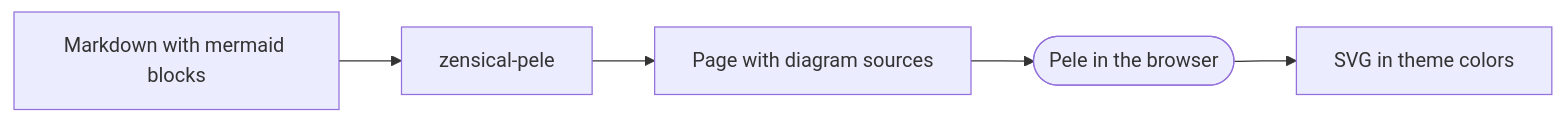
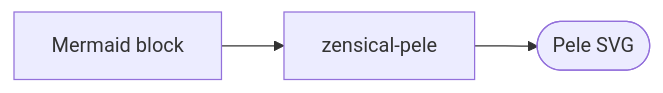
Before and after one commit to felipeadeildo/zensical-pele: the diagram in docs/index.md, drawn with Mermaid. The commit also changed other lines of this file and 47 other files, not shown here.

````diff
--- a/docs/index.md
+++ b/docs/index.md
@@ -14,7 +26,5 @@
 ```mermaid
 flowchart LR
-  md[Markdown with mermaid blocks] --> ext[zensical-pele]
-  ext --> page[Page with diagram sources]
-  page --> pele([Pele in the browser])
-  pele --> svg[SVG in theme colors]
+  A[Mermaid block] --> B[zensical-pele]
+  B --> C([Pele SVG])
 ```
````
